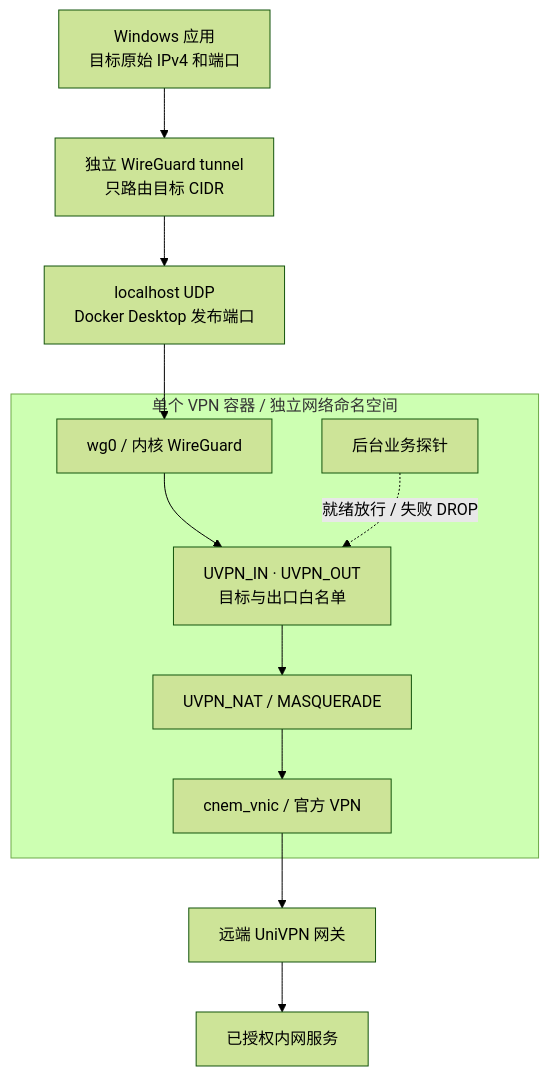
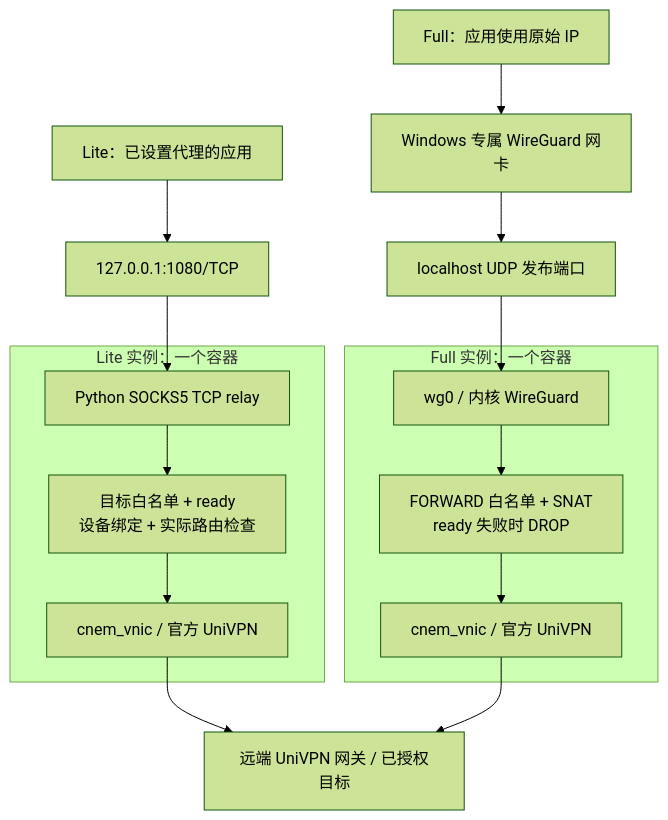
One commit to JavaZeroo/univpn-docker-gateway changed the first of 3 diagrams in docs/architecture.md. Above: the diagram before and after it, drawn with Mermaid (forest theme). The commit also changed other lines of this file and 3 other files, not shown here.

Commit message:
docs: publish dual-edition architecture and 0.4 release evidence

````diff
--- a/docs/architecture.md
+++ b/docs/architecture.md
@@ -7,13 +17,18 @@
 ```mermaid
 flowchart TB
-    Apps["Windows 应用<br/>目标原始 IPv4 和端口"] --> Client["独立 WireGuard tunnel<br/>只路由目标 CIDR"]
-    Client --> Port["localhost UDP<br/>Docker Desktop 发布端口"]
-    subgraph NS["单个 VPN 容器 / 独立网络命名空间"]
-        WG["wg0 / 内核 WireGuard"] --> Rules["UVPN_IN · UVPN_OUT<br/>目标与出口白名单"]
-        Rules --> NAT["UVPN_NAT / MASQUERADE"]
-        NAT --> TUN["cnem_vnic / 官方 VPN"]
-        Guard["后台业务探针"] -. "就绪放行 / 失败 DROP" .-> Rules
+    LA["Lite：已设置代理的应用"] --> TCP["127.0.0.1:1080/TCP"]
+    subgraph Lite["Lite 实例：一个容器"]
+        SOCKS["Python SOCKS5 TCP relay"] --> LG["目标白名单 + ready<br/>设备绑定 + 实际路由检查"]
+        LG --> LN["cnem_vnic / 官方 UniVPN"]
     end
-    Port --> WG
-    TUN --> Gateway["远端 UniVPN 网关"] --> Targets["已授权内网服务"]
+    TCP --> SOCKS
+    FA["Full：应用使用原始 IP"] --> W["Windows 专属 WireGuard 网卡"]
+    W --> UDP["localhost UDP 发布端口"]
+    subgraph Full["Full 实例：一个容器"]
+        WG["wg0 / 内核 WireGuard"] --> FG["FORWARD 白名单 + SNAT<br/>ready 失败时 DROP"]
+        FG --> FN["cnem_vnic / 官方 UniVPN"]
+    end
+    UDP --> WG
+    LN --> Remote["远端 UniVPN 网关 / 已授权目标"]
+    FN --> Remote
 ```
````
